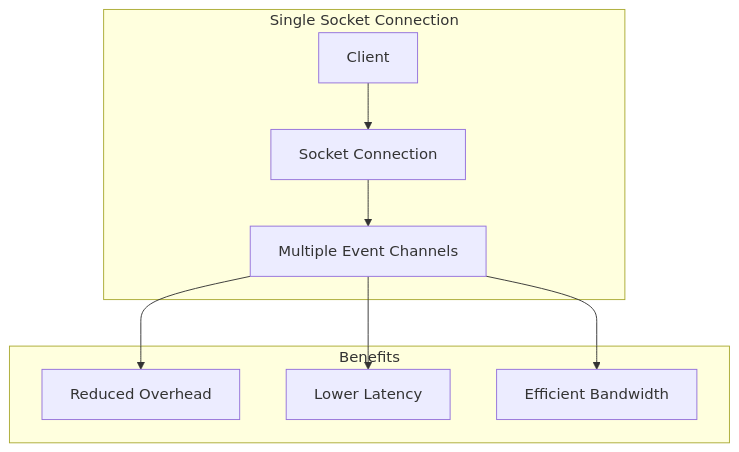
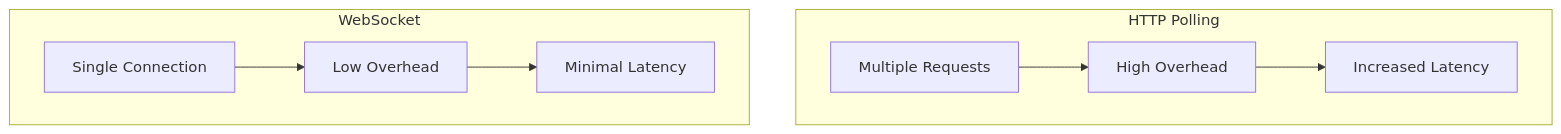
One commit to anshsharmacse/taskflow-socket changed the tenth of 11 diagrams in README.md. Above: the diagram before and after it, drawn with Mermaid. The commit also changed other lines of this file, not shown here.

````diff
--- a/README.md
+++ b/README.md
@@ -472,19 +410,17 @@
 ```mermaid
-graph TB
-    subgraph "Single Socket Connection"
-        S1[Client]
-        S2[Socket Connection]
-        S3[Multiple Event Channels]
+flowchart TD
+    subgraph HTTP Polling
+        H1[Multiple Requests]
+        H2[High Overhead]
+        H3[Increased Latency]
     end
     
-    subgraph "Benefits"
-        B1[Reduced Overhead]
-        B2[Lower Latency]
-        B3[Efficient Bandwidth]
+    subgraph WebSocket
+        W1[Single Connection]
+        W2[Low Overhead]
+        W3[Minimal Latency]
     end
     
-    S1 --> S2 --> S3
-    S3 --> B1
-    S3 --> B2
-    S3 --> B3
+    H1 --> H2 --> H3
+    W1 --> W2 --> W3
 ```
````
